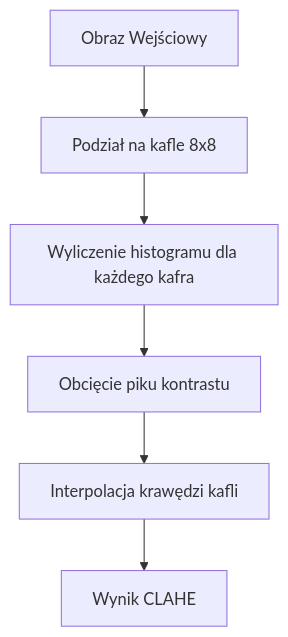
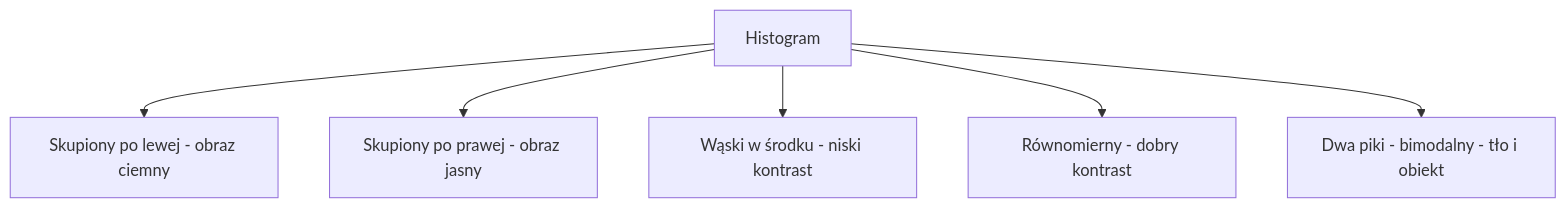
Before and after one commit to zacniewski/digital-image-processing-exercises: the first of 4 diagrams in lectures/04_histograms.md, drawn with Mermaid. The commit also changed other lines of this file and 6 other files, not shown here.

````diff
--- a/lectures/04_histograms.md
+++ b/lectures/04_histograms.md
@@ -62,8 +22,8 @@
 ```mermaid
 graph TD
-    Input[Obraz Wejściowy] --> Tiles[Podział na kafle 8x8]
-    Tiles --> Hist[Wyliczenie histogramu dla każdego kafra]
-    Hist --> Clip[Obcięcie piku kontrastu]
-    Clip --> Interp[Interpolacja krawędzi kafli]
-    Interp --> Output[Wynik CLAHE]
+    H[Histogram] --> A[Skupiony po lewej - obraz ciemny]
+    H --> B[Skupiony po prawej - obraz jasny]
+    H --> C[Wąski w środku - niski kontrast]
+    H --> D[Równomierny - dobry kontrast]
+    H --> E[Dwa piki - bimodalny - tło i obiekt]
 ```
````
